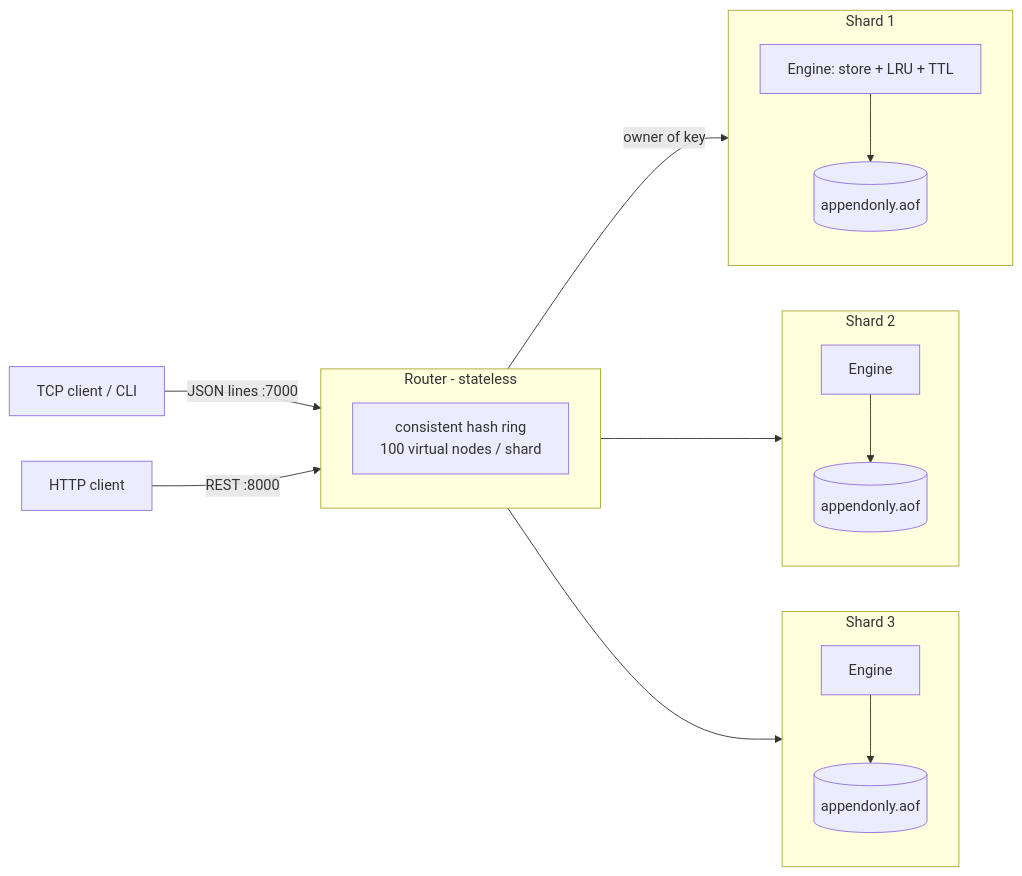
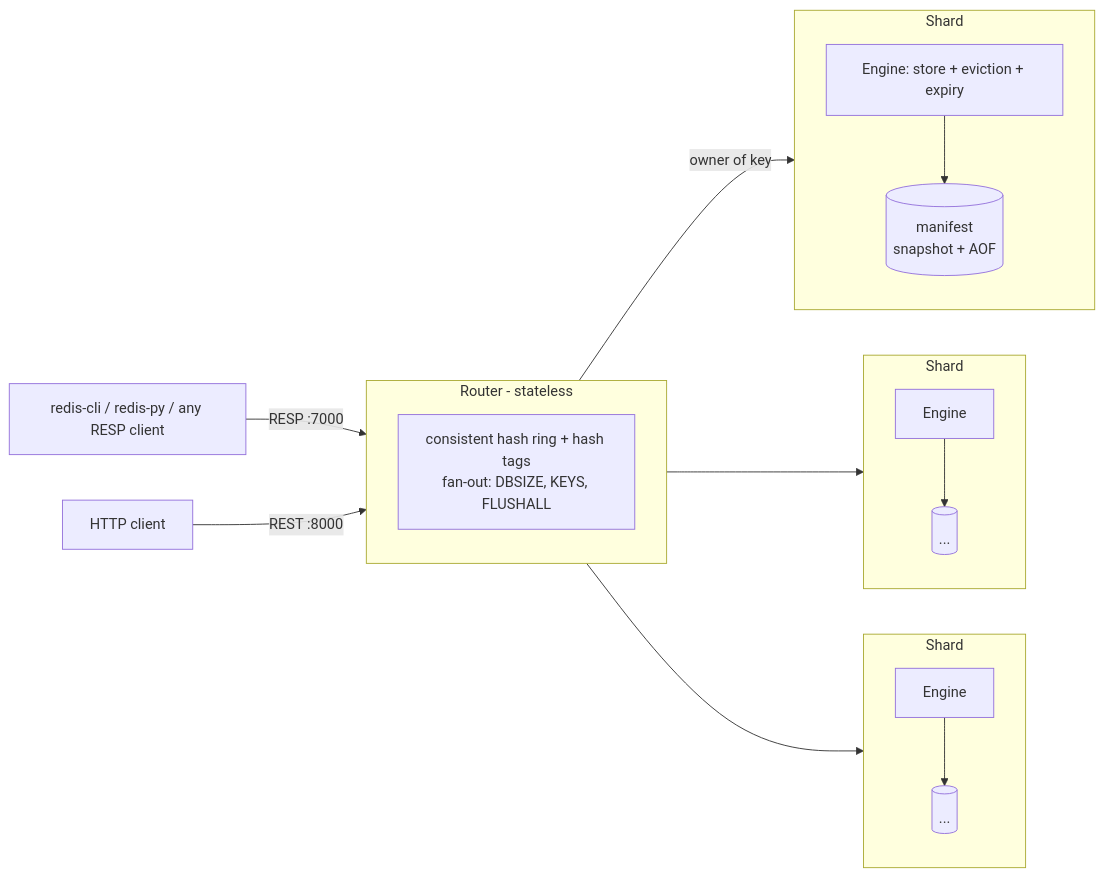
Before and after one commit to TejasKhilare/Redis-like-DataStorage: the diagram in README.md, drawn with Mermaid. The commit also changed other lines of this file and 3 other files, not shown here.

First line of the commit message:
Document Phase 2: README, roadmap, ADRs 0005-0006

````diff
--- a/README.md
+++ b/README.md
@@ -16,20 +21,20 @@
 ```mermaid
 flowchart LR
-    C1[TCP client / CLI] -->|JSON lines :7000| R
+    C1[redis-cli / redis-py / any RESP client] -->|RESP :7000| R
     C2[HTTP client] -->|REST :8000| R
     subgraph R[Router - stateless]
-      HR[consistent hash ring<br/>100 virtual nodes / shard]
+      HR[consistent hash ring + hash tags<br/>fan-out: DBSIZE, KEYS, FLUSHALL]
     end
     R -->|owner of key| S1
     R --> S2
     R --> S3
-    subgraph S1[Shard 1]
-      E1[Engine: store + LRU + TTL] --> A1[(appendonly.aof)]
+    subgraph S1[Shard]
+      E1[Engine: store + eviction + expiry] --> P1[(manifest<br/>snapshot + AOF)]
     end
-    subgraph S2[Shard 2]
-      E2[Engine] --> A2[(appendonly.aof)]
+    subgraph S2[Shard]
+      E2[Engine] --> P2[(...)]
     end
-    subgraph S3[Shard 3]
-      E3[Engine] --> A3[(appendonly.aof)]
+    subgraph S3[Shard]
+      E3[Engine] --> P3[(...)]
     end
 ```
````
